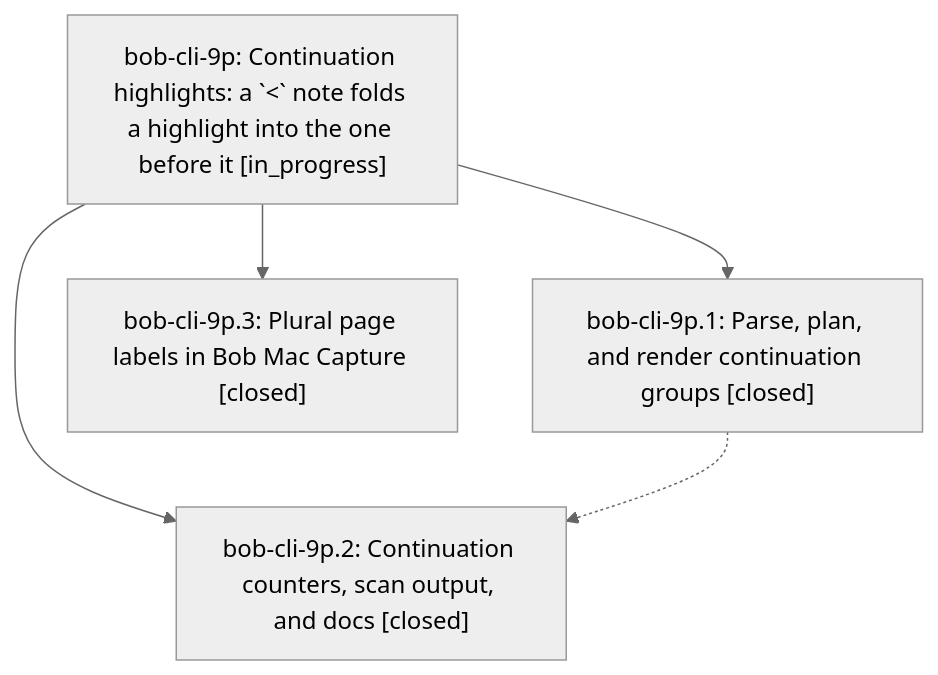
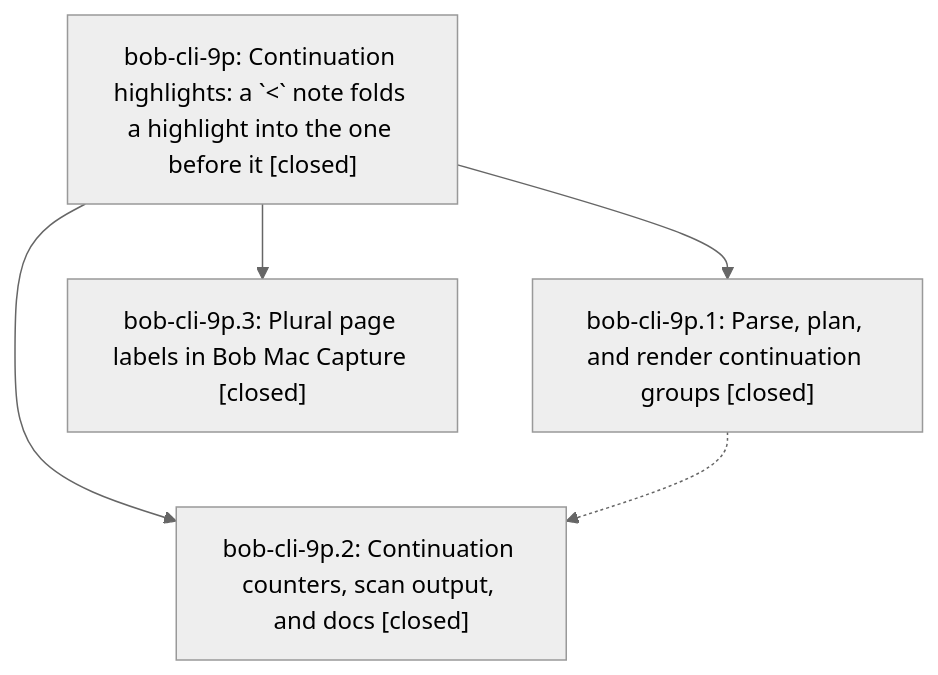
Before and after one commit to bobs-org/bob-cli--beads: the diagram in pages/bob-cli-9p/README.md, drawn with Mermaid (neutral theme). The commit also changed other lines of this file and 2 other files, not shown here.

First line of the commit message:
chore(beads): sync bead state and pages for bob-cli-9p

````diff
--- a/pages/bob-cli-9p/README.md
+++ b/pages/bob-cli-9p/README.md
@@ -36,11 +44,11 @@
 ```mermaid
 flowchart TD
-    n0["bob-cli-9p: Continuation highlights: a `&lt;` note folds a highlight into the one before it [in_progress]"]
+    n0["bob-cli-9p: Continuation highlights: a `&lt;` note folds a highlight into the one before it [closed]"]
     n1["bob-cli-9p.1: Parse, plan, and render continuation groups [closed]"]
     n2["bob-cli-9p.2: Continuation counters, scan output, and docs [closed]"]
     n3["bob-cli-9p.3: Plural page labels in Bob Mac Capture [closed]"]
     n0 --> n1
     n0 --> n2
     n0 --> n3
     n1 -.-> n2
 ```
````
